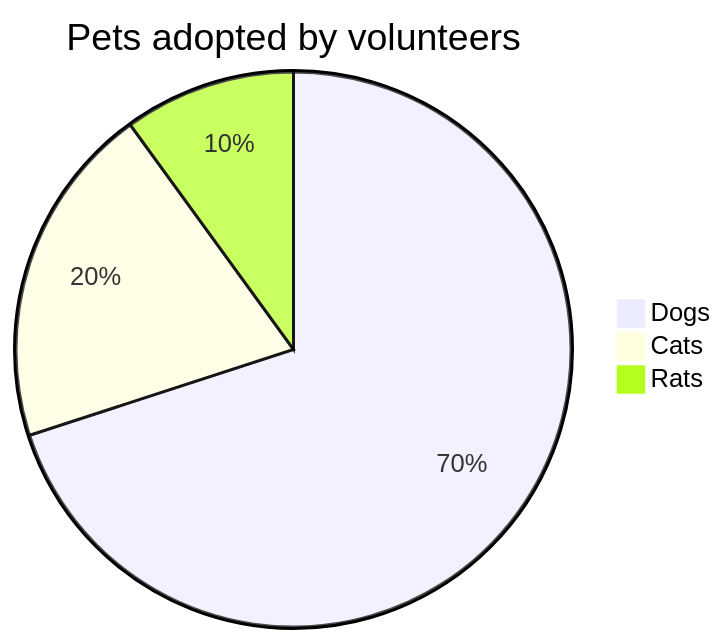
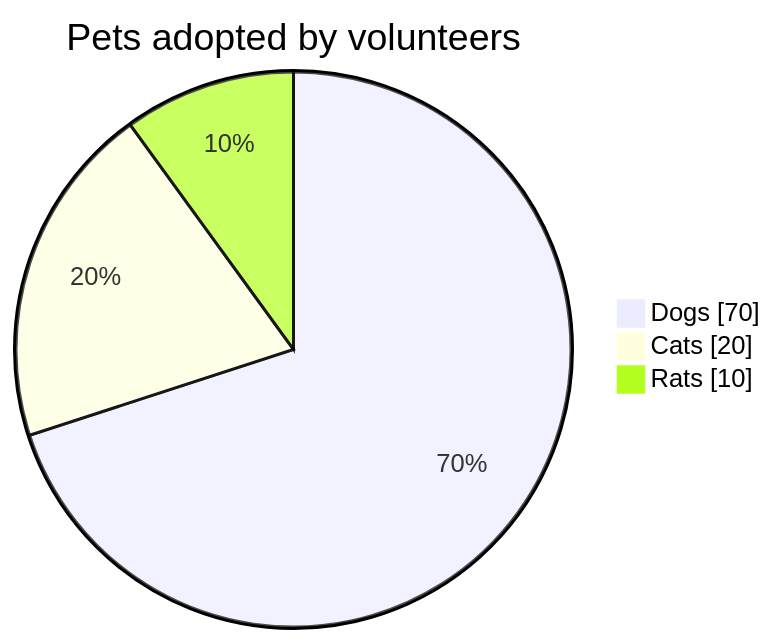
The diagram in examples/PieChart.mmd (v420v/mrxl), drawn with Mermaid before and after one commit. The commit also changed 6 other files, not shown here.

Commit message:
add: showData keyword support for pie chart

```diff
--- a/examples/PieChart.mmd
+++ b/examples/PieChart.mmd
@@ -1,4 +1,4 @@
-pie title Pets adopted by volunteers
+pie showData title Pets adopted by volunteers
     "Dogs" : 70
     "Cats" : 20
     "Rats" : 10
```
